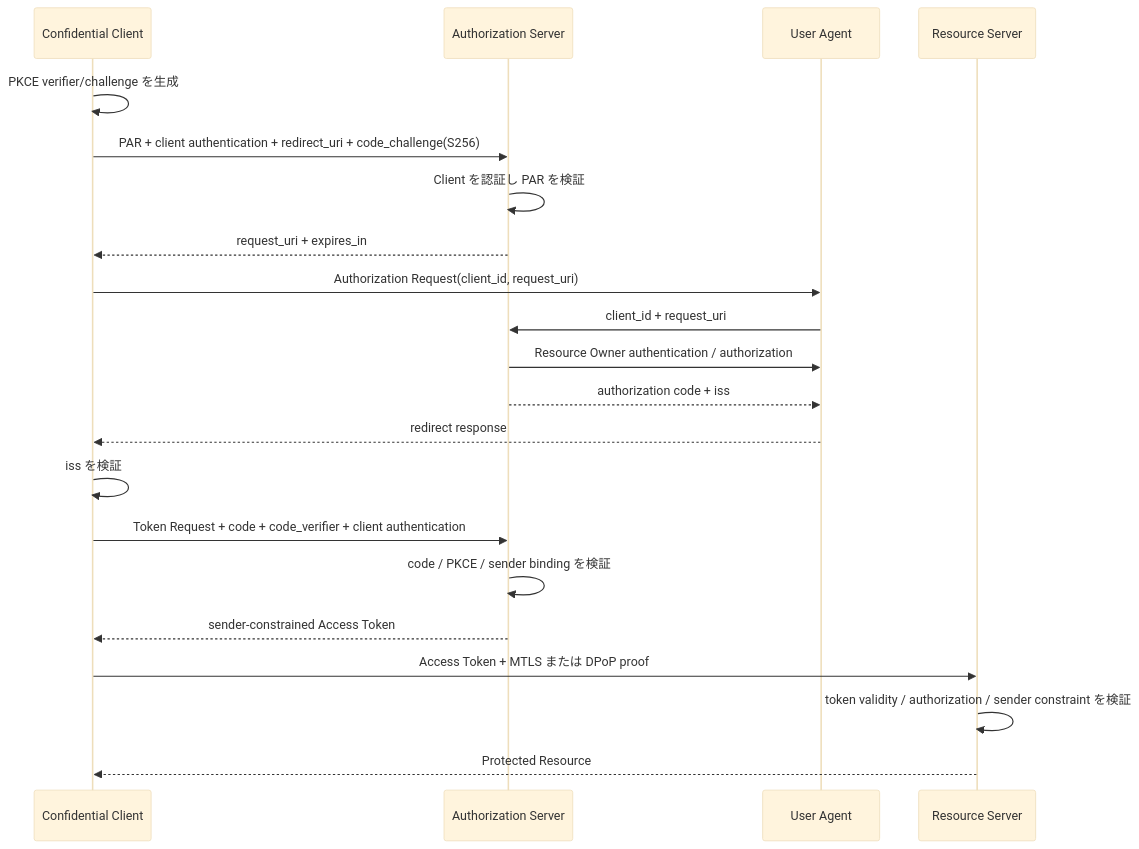
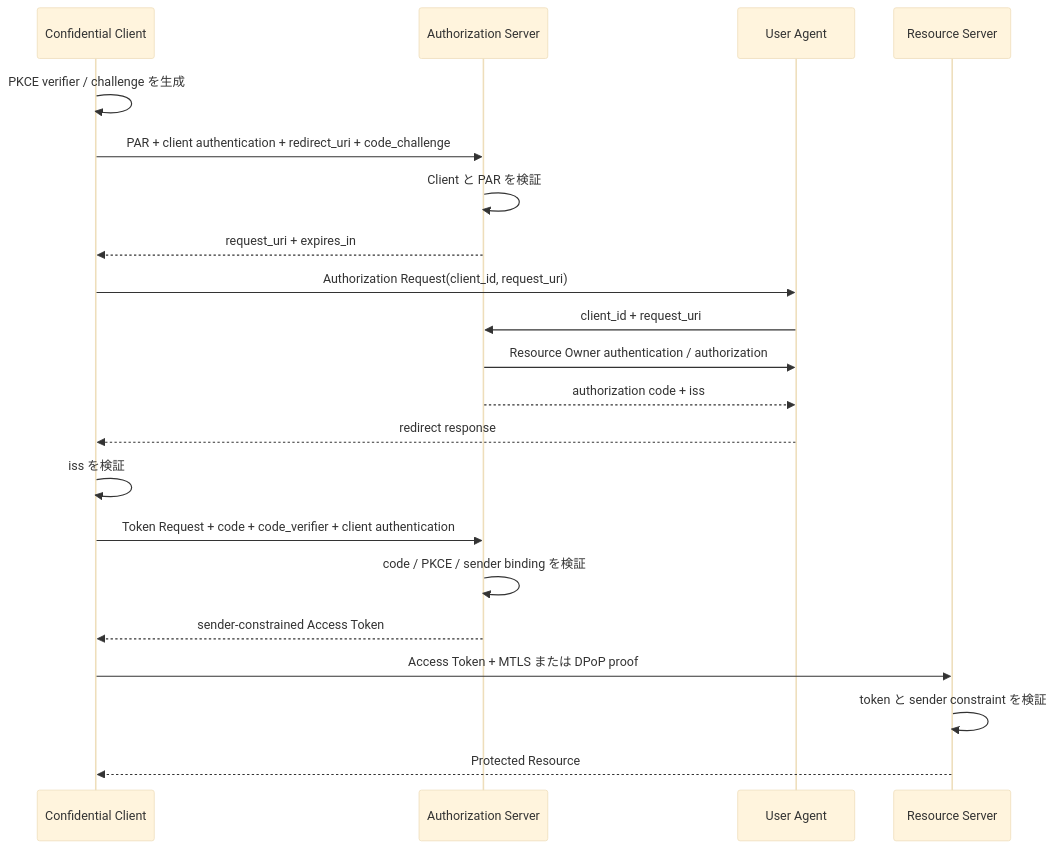
The first of 3 diagrams in _posts/2026-09-18-fapi-2-security-profile.md (nbifrye/1548d6d9-8655-48d3-817f-d41469b6b27e), drawn with Mermaid (base theme) before and after one commit. The commit also changed other lines of this file, not shown here.

Commit message:
Focus FAPI article on the authorization code flow

```diff
--- a/_posts/2026-09-18-fapi-2-security-profile.md
+++ b/_posts/2026-09-18-fapi-2-security-profile.md
@@ -65,23 +39,23 @@
 <pre class="mermaid">
 sequenceDiagram
     participant C as Confidential Client
     participant AS as Authorization Server
     participant UA as User Agent
     participant RS as Resource Server
-    C->>C: PKCE verifier/challenge を生成
-    C->>AS: PAR + client authentication + redirect_uri + code_challenge(S256)
-    AS->>AS: Client を認証し PAR を検証
+    C->>C: PKCE verifier / challenge を生成
+    C->>AS: PAR + client authentication + redirect_uri + code_challenge
+    AS->>AS: Client と PAR を検証
     AS-->>C: request_uri + expires_in
     C->>UA: Authorization Request(client_id, request_uri)
     UA->>AS: client_id + request_uri
     AS->>UA: Resource Owner authentication / authorization
     AS-->>UA: authorization code + iss
     UA-->>C: redirect response
     C->>C: iss を検証
     C->>AS: Token Request + code + code_verifier + client authentication
     AS->>AS: code / PKCE / sender binding を検証
     AS-->>C: sender-constrained Access Token
     C->>RS: Access Token + MTLS または DPoP proof
-    RS->>RS: token validity / authorization / sender constraint を検証
+    RS->>RS: token と sender constraint を検証
     RS-->>C: Protected Resource
 </pre>
```
